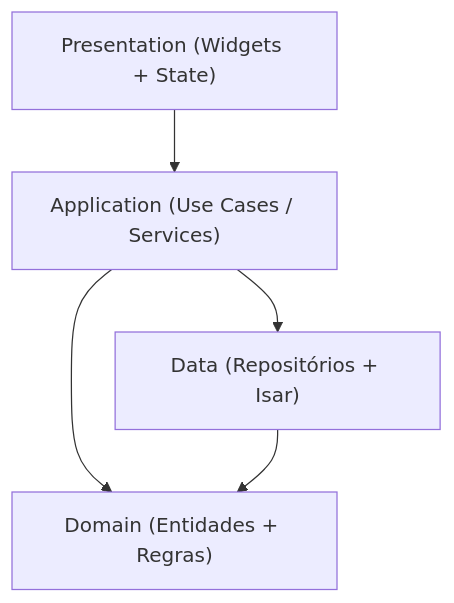
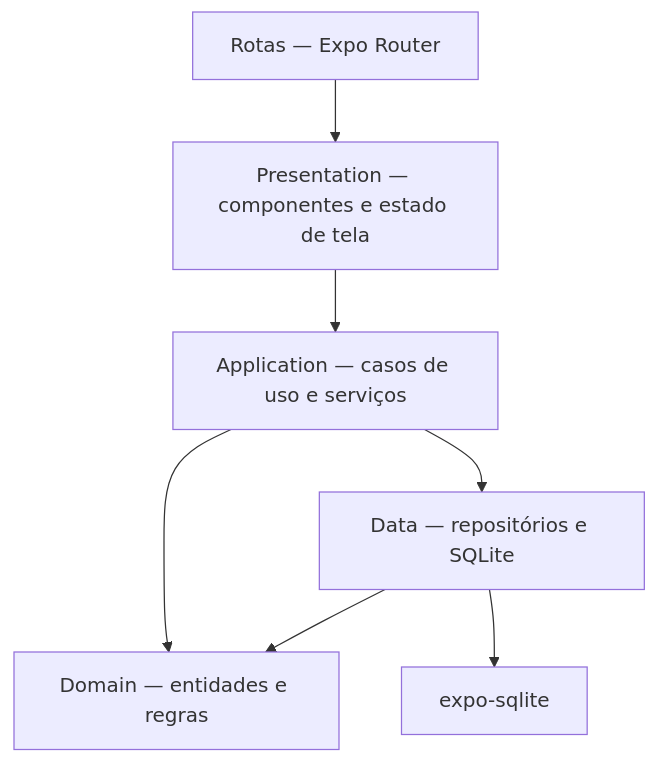
Before and after one commit to 1nogueirae/Nexum: the diagram in docs/04-arquitetura.md, drawn with Mermaid. The commit also changed other lines of this file and 88 other files, not shown here.

````diff
--- a/docs/04-arquitetura.md
+++ b/docs/04-arquitetura.md
@@ -7,7 +7,9 @@
 ```mermaid
 flowchart TD
-    UI["Presentation (Widgets + State)"] --> APP["Application (Use Cases / Services)"]
-    APP --> DOM["Domain (Entidades + Regras)"]
-    APP --> DATA["Data (Repositórios + Isar)"]
+    ROUTES["Rotas — Expo Router"] --> UI["Presentation — componentes e estado de tela"]
+    UI --> APP["Application — casos de uso e serviços"]
+    APP --> DOM["Domain — entidades e regras"]
+    APP --> DATA["Data — repositórios e SQLite"]
     DATA --> DOM
+    DATA --> SQLITE["expo-sqlite"]
 ```
````
